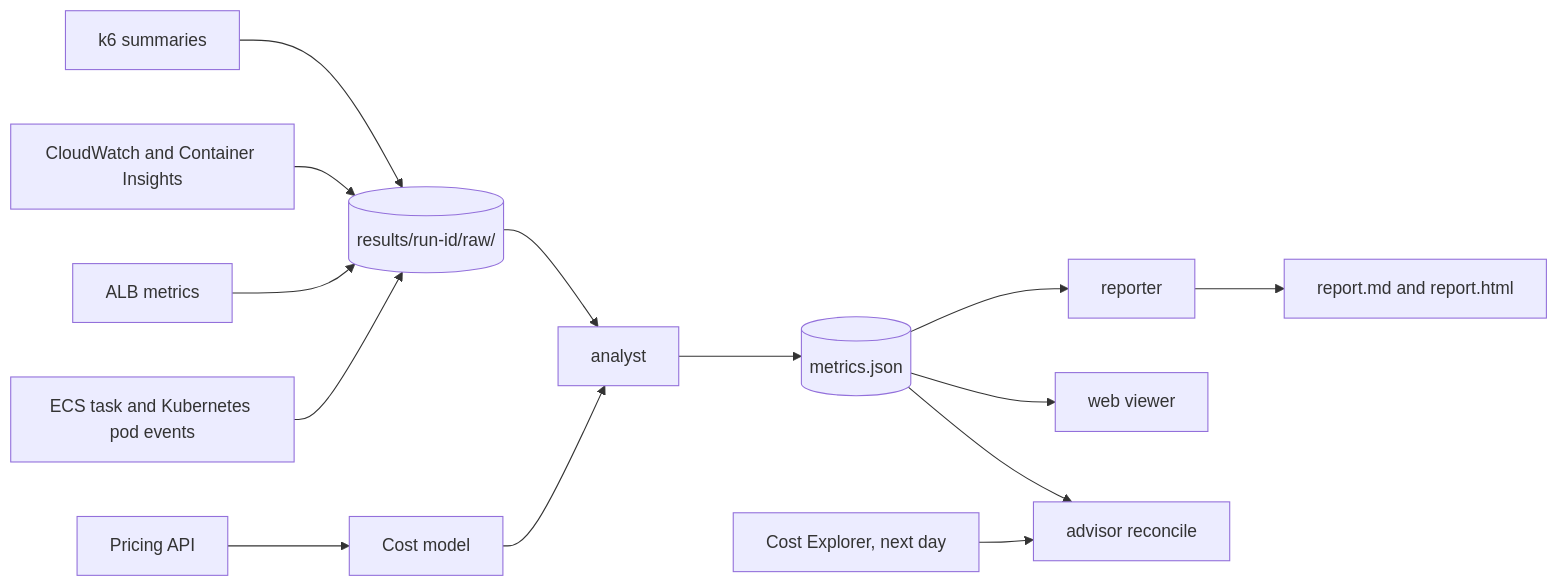
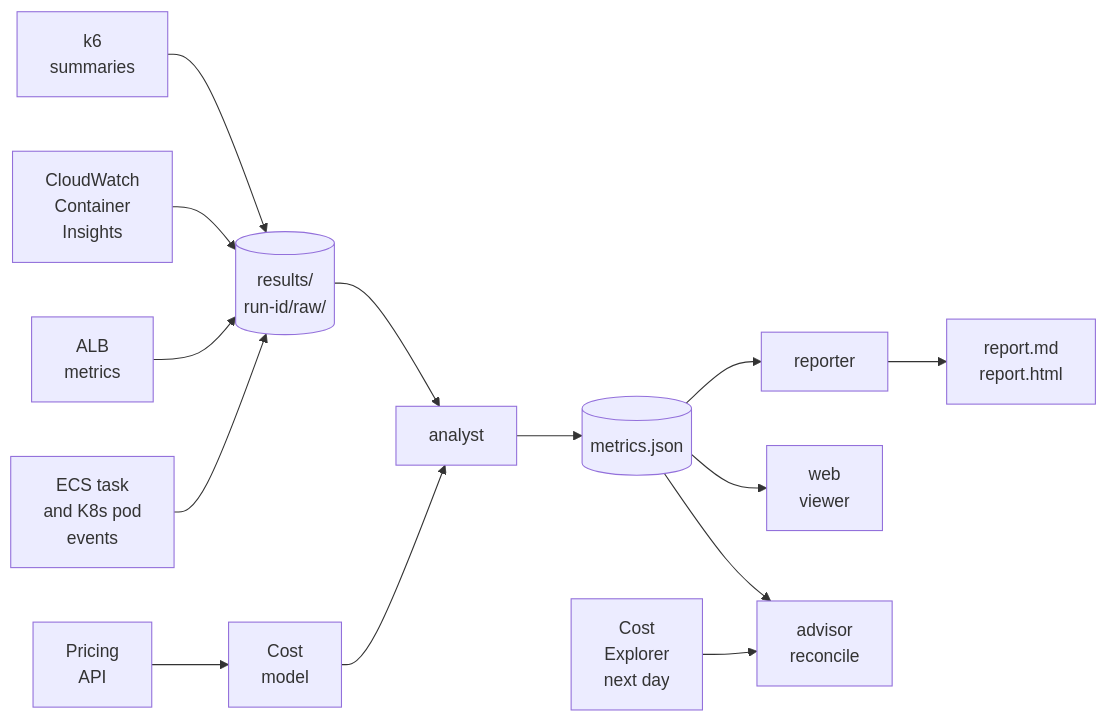
One commit to MAOFILHO/AWS-Agentic-ECS-EKS-Benchmark changed the third of 3 diagrams in docs/architecture.md. Above: the diagram before and after it, drawn with Mermaid. The commit also changed other lines of this file, not shown here.

First line of the commit message:
🐛 [fix] docs: split Mermaid labels so GitHub stops clipping them

````diff
--- a/docs/architecture.md
+++ b/docs/architecture.md
@@ -58,16 +58,16 @@
 ```mermaid
 flowchart LR
-    k6["k6 summaries"] --> raw[("results/run-id/raw/")]
-    cw["CloudWatch and Container Insights"] --> raw
-    alb["ALB metrics"] --> raw
-    ev["ECS task and Kubernetes pod events"] --> raw
-    price["Pricing API"] --> cost["Cost model"]
+    k6["k6<br/>summaries"] --> raw[("results/<br/>run-id/raw/")]
+    cw["CloudWatch<br/>Container<br/>Insights"] --> raw
+    alb["ALB<br/>metrics"] --> raw
+    ev["ECS task<br/>and K8s pod<br/>events"] --> raw
+    price["Pricing<br/>API"] --> cost["Cost<br/>model"]
     raw --> analyst["analyst"]
     cost --> analyst
     analyst --> metrics[("metrics.json")]
     metrics --> reporter["reporter"]
-    reporter --> report["report.md and report.html"]
-    metrics --> web["web viewer"]
-    ce["Cost Explorer, next day"] --> rec["advisor reconcile"]
+    reporter --> report["report.md<br/>report.html"]
+    metrics --> web["web<br/>viewer"]
+    ce["Cost<br/>Explorer<br/>next day"] --> rec["advisor<br/>reconcile"]
     metrics --> rec
 ```
````
